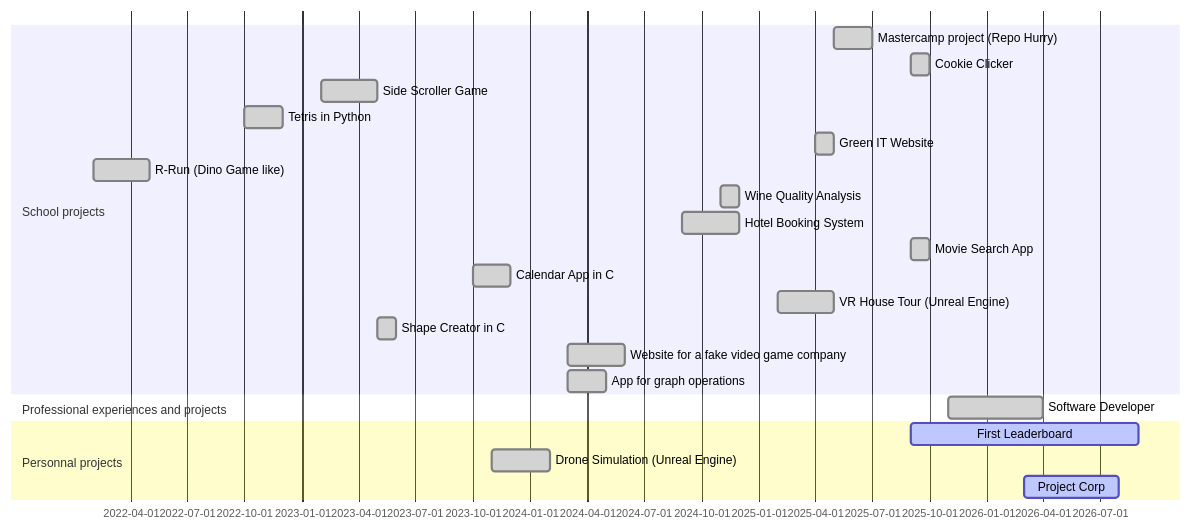
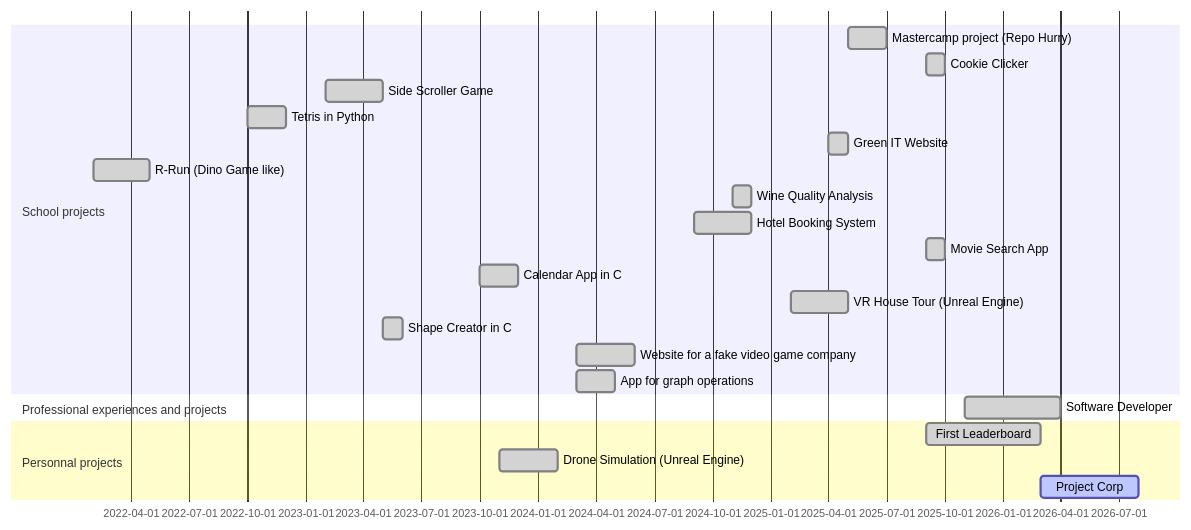
One commit to Rowuni/Rowuni changed the diagram in Readme.md. Above: the diagram before and after it, drawn with Mermaid. The commit also changed other lines of this file, not shown here.

````diff
--- a/Readme.md
+++ b/Readme.md
@@ -189,25 +189,25 @@
 ```mermaid
 gantt
     section School projects
     Mastercamp project (Repo Hurry)       :done, 2025-05, 2025-07
     Cookie Clicker         :done, 2025-09, 2025-10
     Side Scroller Game       :done, 2023-02, 2023-05
     Tetris in Python       :done, 2022-10, 2022-12
     Green IT Website       :done, 2025-04, 2025-05
     R-Run (Dino Game like)       :done, 2022-02, 2022-05
     Wine Quality Analysis       :done, 2024-11, 2024-12
     Hotel Booking System       :done, 2024-09, 2024-12
     Movie Search App       :done, 2025-09, 2025-10
     Calendar App in C      :done, 2023-10, 2023-12
     VR House Tour (Unreal Engine)       :done, 2025-02, 2025-05
     Shape Creator in C       :done, 2023-05, 2023-06
     Website for a fake video game company       :done, 2024-03, 2024-06
     App for graph operations       :done, 2024-03, 2024-05
     dateFormat  YYYY-MM
     section Professional experiences and projects
     Software Developer           :done, 2025-11, 2026-04
     section Personnal projects
-    First Leaderboard       :active, 2025-09, 2026-09
+    First Leaderboard       :done, 2025-09, 2026-03
     Drone Simulation (Unreal Engine)       :done, 2023-11, 2024-02
     Project Corp       :active, 2026-03, 2026-08
 ```
````
